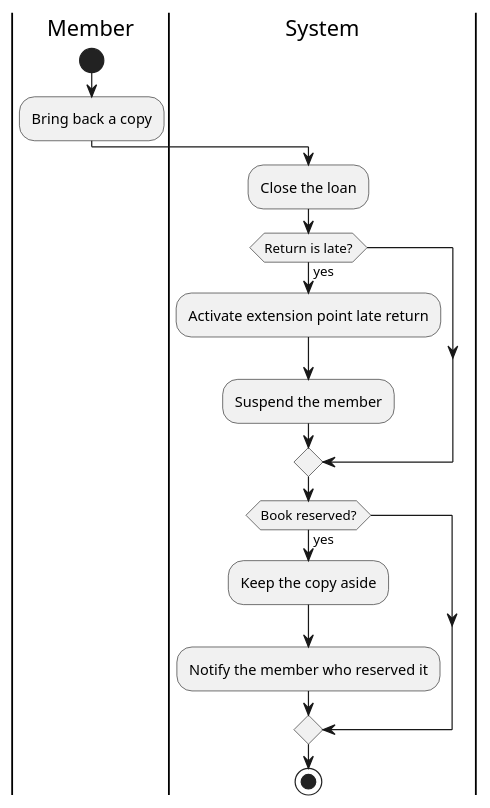
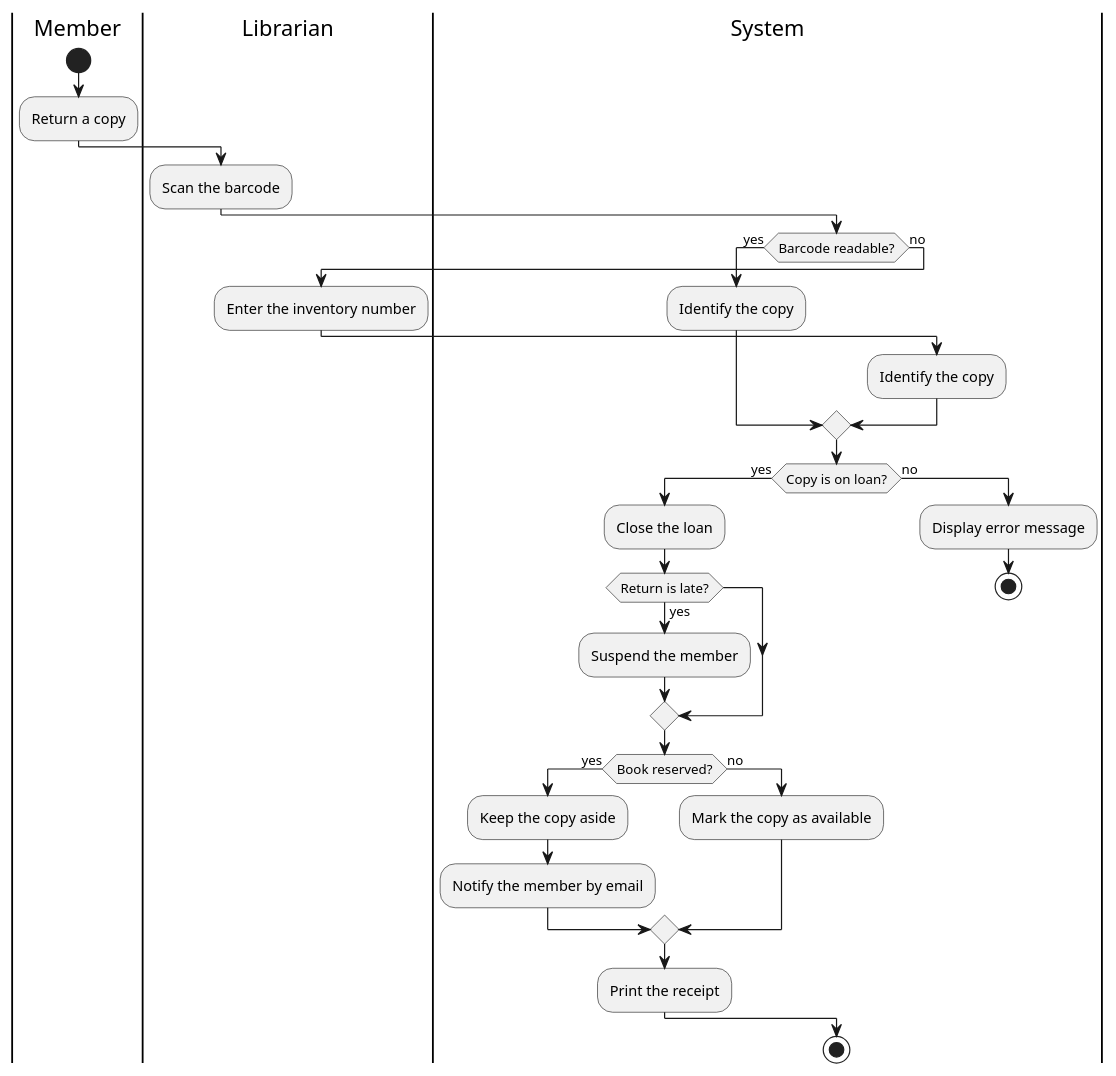
One commit to abdelmounaim-talbi/tp2-library changed the diagram in docs/uml/register-return-activity.puml. Above: the diagram before and after it, drawn with PlantUML. The commit also changed 6 other files, not shown here.

Commit message:
Correct TP3 diagrams and add answers

```diff
--- a/docs/uml/register-return-activity.puml
+++ b/docs/uml/register-return-activity.puml
@@ -2,22 +2,42 @@
 @startuml
 
 |Member|
 start
-:Bring back a copy;
+:Return a copy;
+
+|Librarian|
+:Scan the barcode;
 
 |System|
-:Close the loan;
-
-if (Return is late?) then (yes)
-    :Activate extension point late return;
-    :Suspend the member;
+if (Barcode readable?) then (yes)
+    :Identify the copy;
+else (no)
+    |Librarian|
+    :Enter the inventory number;
+    |System|
+    :Identify the copy;
 endif
 
-if (Book reserved?) then (yes)
-    :Keep the copy aside;
-    :Notify the member who reserved it;
+if (Copy is on loan?) then (yes)
+    :Close the loan;
+
+    if (Return is late?) then (yes)
+        :Suspend the member;
+    endif
+
+    if (Book reserved?) then (yes)
+        :Keep the copy aside;
+        :Notify the member by email;
+    else (no)
+        :Mark the copy as available;
+    endif
+
+    :Print the receipt;
+
+else (no)
+    :Display error message;
+    stop
 endif
 
 stop
-
 @enduml
```
